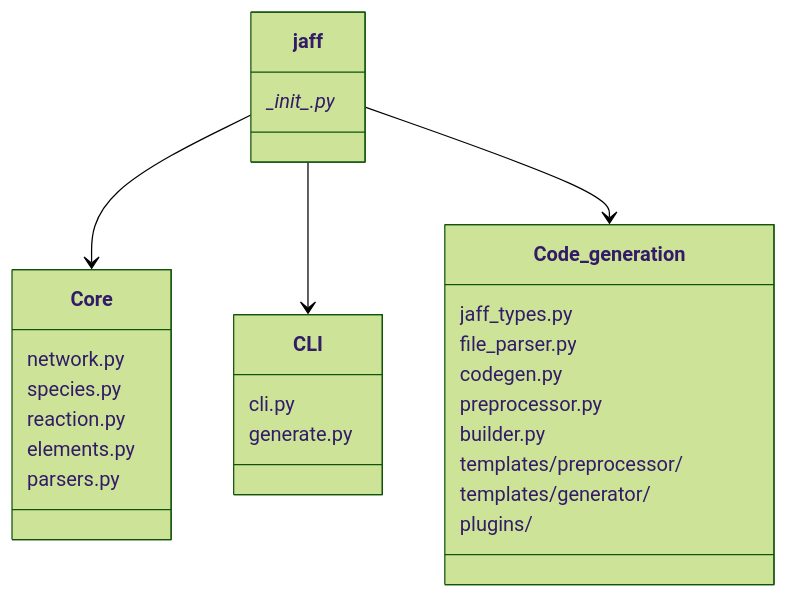
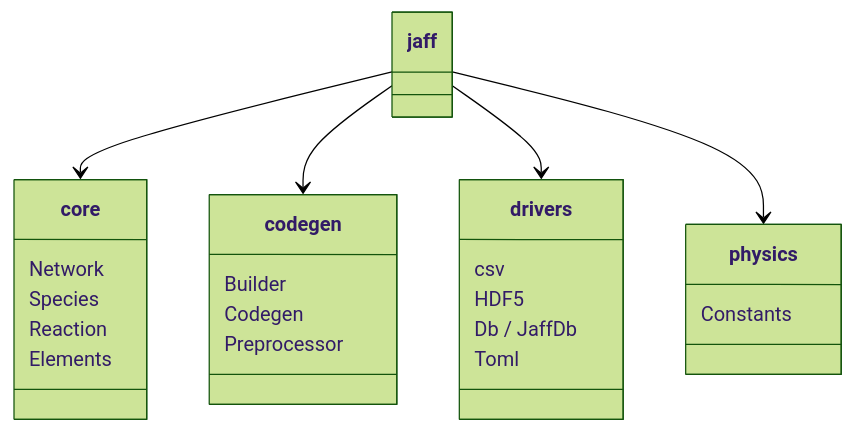
One commit to BenWibking/jaff changed the diagram in docs/api/index.md. Above: the diagram before and after it, drawn with Mermaid (forest theme). The commit also changed other lines of this file and 342 other files, not shown here.

````diff
--- a/docs/api/index.md
+++ b/docs/api/index.md
@@ -125,37 +46,27 @@
 ```mermaid
 classDiagram
-    class jaff {
-        \__init\__.py*
+    class core {
+        Network
+        Species
+        Reaction
+        Elements
     }
-
-    %% Define categories as separate classes
-    class Core {
-        network.py
-        species.py
-        reaction.py
-        elements.py
-        parsers.py
+    class codegen {
+        Builder
+        Codegen
+        Preprocessor
     }
-
-    class CLI {
-        cli.py
-        generate.py
+    class drivers {
+        csv
+        HDF5
+        Db / JaffDb
+        Toml
     }
-
-    class Code_generation {
-        jaff_types.py
-        file_parser.py
-        codegen.py
-        preprocessor.py
-        builder.py
-        templates/preprocessor/
-        templates/generator/
-        plugins/
+    class physics {
+        Constants
     }
-
-
-    %% Connect categories to jaff
-    jaff --> Core
-    jaff --> CLI
-    jaff --> Code_generation
+    jaff --> core
+    jaff --> codegen
+    jaff --> drivers
+    jaff --> physics
 ```
````
